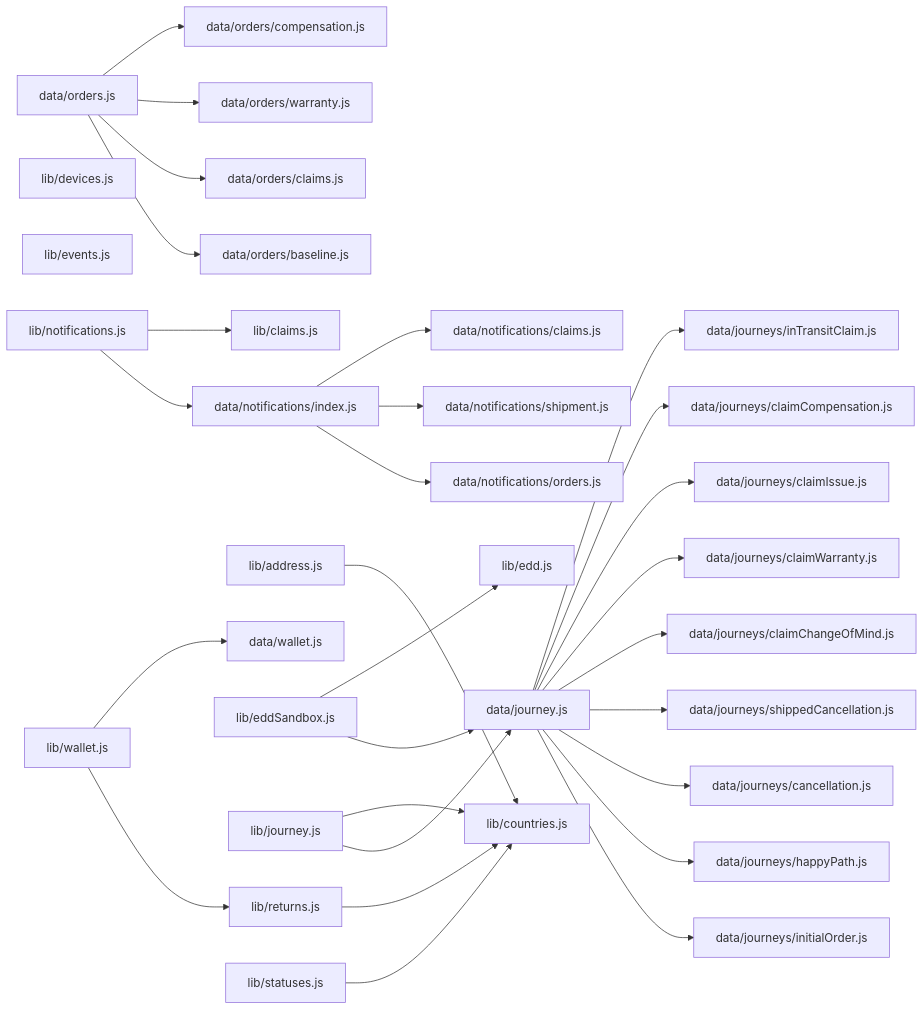
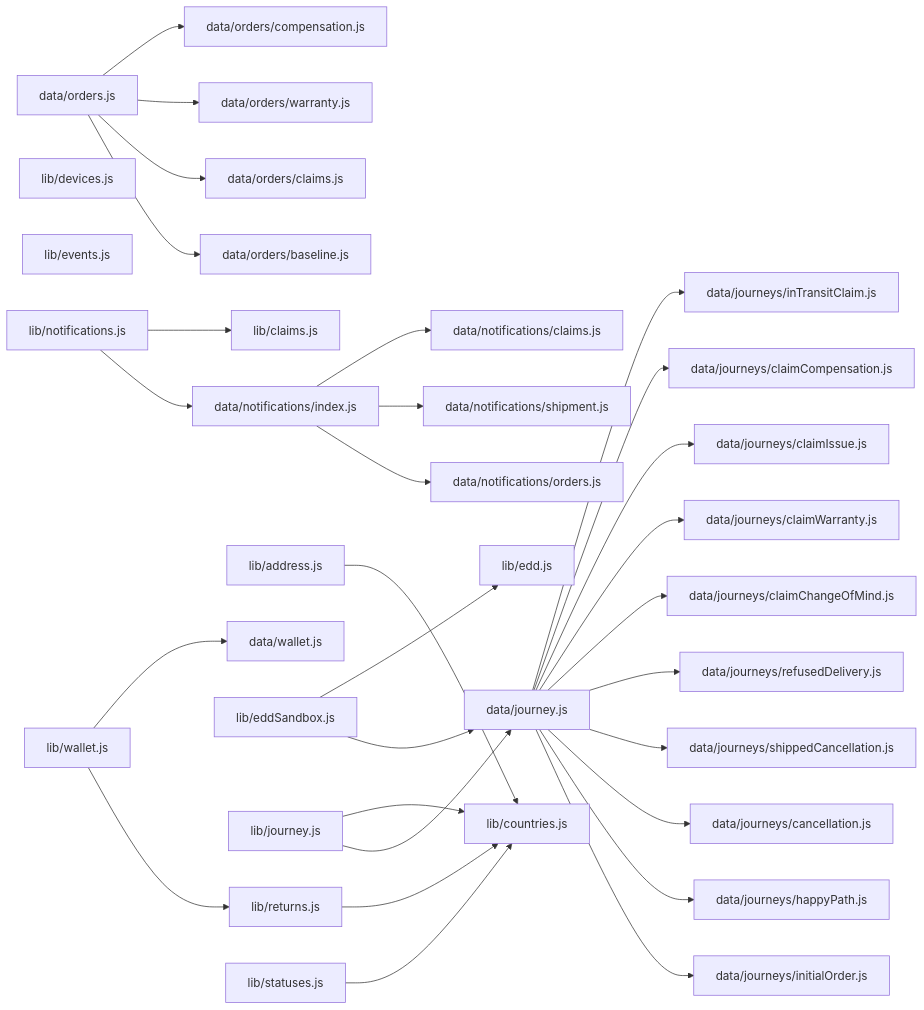
One commit to andrea-revibe/my-account-redesign-v2 changed the diagram in docs/code_map.md. Above: the diagram before and after it, drawn with Mermaid. The commit also changed other lines of this file and 13 other files, not shown here.

````diff
--- a/docs/code_map.md
+++ b/docs/code_map.md
@@ -231,62 +237,64 @@
 ```mermaid
 graph LR
   data_journey_js["data/journey.js"]
   data_journeys_cancellation_js["data/journeys/cancellation.js"]
   data_journeys_claimChangeOfMind_js["data/journeys/claimChangeOfMind.js"]
   data_journeys_claimCompensation_js["data/journeys/claimCompensation.js"]
   data_journeys_claimIssue_js["data/journeys/claimIssue.js"]
   data_journeys_claimWarranty_js["data/journeys/claimWarranty.js"]
   data_journeys_happyPath_js["data/journeys/happyPath.js"]
   data_journeys_inTransitClaim_js["data/journeys/inTransitClaim.js"]
   data_journeys_initialOrder_js["data/journeys/initialOrder.js"]
+  data_journeys_refusedDelivery_js["data/journeys/refusedDelivery.js"]
   data_journeys_shippedCancellation_js["data/journeys/shippedCancellation.js"]
   data_notifications_claims_js["data/notifications/claims.js"]
   data_notifications_index_js["data/notifications/index.js"]
   data_notifications_orders_js["data/notifications/orders.js"]
   data_notifications_shipment_js["data/notifications/shipment.js"]
   data_orders_js["data/orders.js"]
   data_orders_baseline_js["data/orders/baseline.js"]
   data_orders_claims_js["data/orders/claims.js"]
   data_orders_compensation_js["data/orders/compensation.js"]
   data_orders_warranty_js["data/orders/warranty.js"]
   data_wallet_js["data/wallet.js"]
   lib_address_js["lib/address.js"]
   lib_claims_js["lib/claims.js"]
   lib_countries_js["lib/countries.js"]
   lib_devices_js["lib/devices.js"]
   lib_edd_js["lib/edd.js"]
   lib_eddSandbox_js["lib/eddSandbox.js"]
   lib_events_js["lib/events.js"]
   lib_journey_js["lib/journey.js"]
   lib_notifications_js["lib/notifications.js"]
   lib_returns_js["lib/returns.js"]
   lib_statuses_js["lib/statuses.js"]
   lib_wallet_js["lib/wallet.js"]
   data_journey_js --> data_journeys_initialOrder_js
   data_journey_js --> data_journeys_happyPath_js
   data_journey_js --> data_journeys_cancellation_js
   data_journey_js --> data_journeys_shippedCancellation_js
+  data_journey_js --> data_journeys_refusedDelivery_js
   data_journey_js --> data_journeys_claimChangeOfMind_js
   data_journey_js --> data_journeys_claimWarranty_js
   data_journey_js --> data_journeys_claimIssue_js
   data_journey_js --> data_journeys_claimCompensation_js
   data_journey_js --> data_journeys_inTransitClaim_js
   data_notifications_index_js --> data_notifications_orders_js
   data_notifications_index_js --> data_notifications_shipment_js
   data_notifications_index_js --> data_notifications_claims_js
   data_orders_js --> data_orders_baseline_js
   data_orders_js --> data_orders_claims_js
   data_orders_js --> data_orders_warranty_js
   data_orders_js --> data_orders_compensation_js
   lib_address_js --> lib_countries_js
   lib_eddSandbox_js --> data_journey_js
   lib_eddSandbox_js --> lib_edd_js
   lib_journey_js --> data_journey_js
   lib_journey_js --> lib_countries_js
   lib_notifications_js --> data_notifications_index_js
   lib_notifications_js --> lib_claims_js
   lib_returns_js --> lib_countries_js
   lib_statuses_js --> lib_countries_js
   lib_wallet_js --> lib_returns_js
   lib_wallet_js --> data_wallet_js
 ```
````
